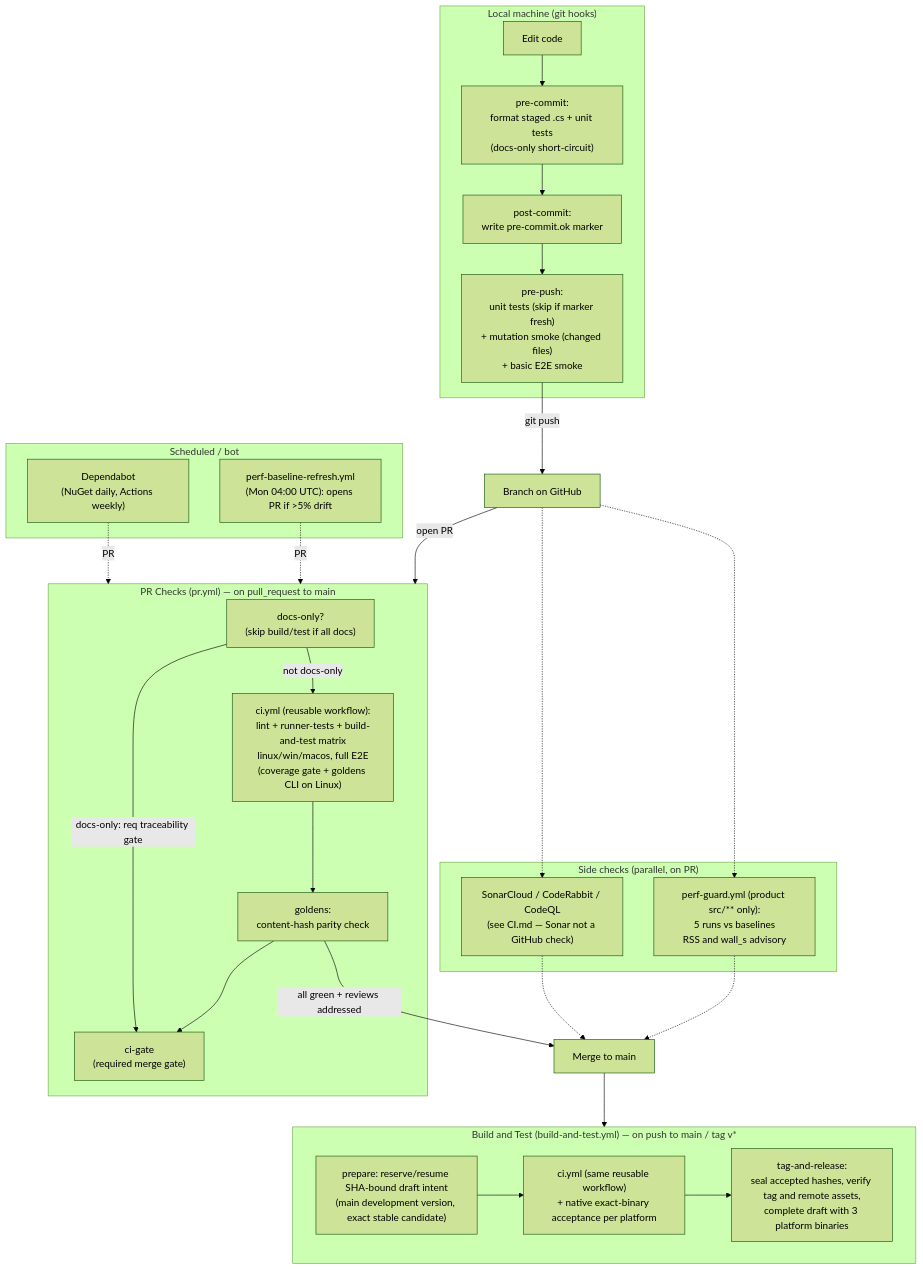
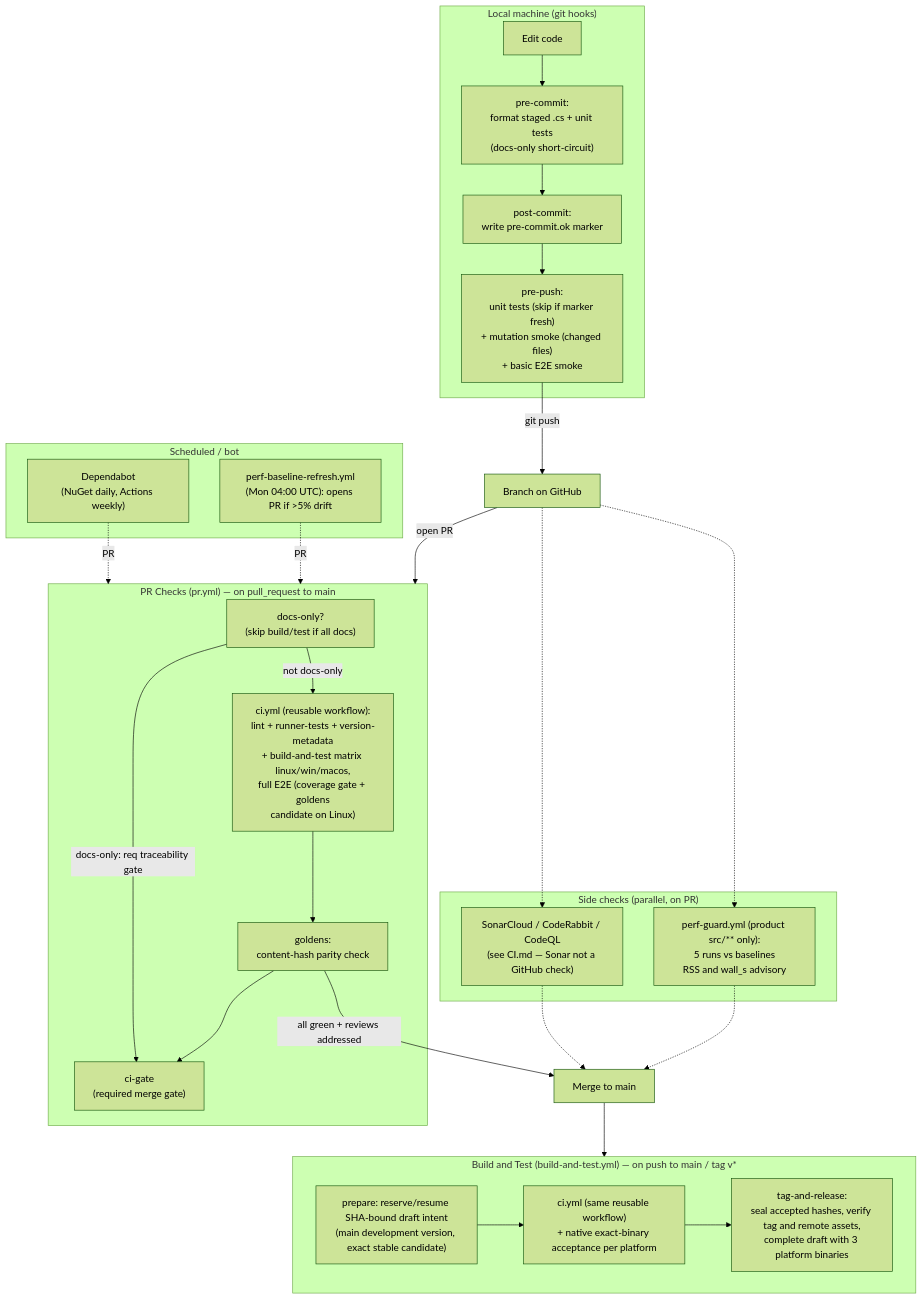
One commit to dwojtaszek/zipper changed the diagram in docs/cicd.md. Above: the diagram before and after it, drawn with Mermaid (forest theme). The commit also changed other lines of this file and 7 other files, not shown here.

First line of the commit message:
ci: cut PR check wall-clock by parallelizing version metadata (#1266)

````diff
--- a/docs/cicd.md
+++ b/docs/cicd.md
@@ -9,49 +9,49 @@
 ```mermaid
 flowchart TD
     subgraph local["Local machine (git hooks)"]
         edit["Edit code"]
         precommit["pre-commit:<br/>format staged .cs + unit tests<br/>(docs-only short-circuit)"]
         postcommit["post-commit:<br/>write pre-commit.ok marker"]
         prepush["pre-push:<br/>unit tests (skip if marker fresh)<br/>+ mutation smoke (changed files)<br/>+ basic E2E smoke"]
         edit --> precommit --> postcommit --> prepush
     end
 
     prepush -->|git push| remote["Branch on GitHub"]
     remote -->|open PR| prpipe
 
     subgraph prpipe["PR Checks (pr.yml) — on pull_request to main"]
         docsonly["docs-only?<br/>(skip build/test if all docs)"]
-        shared["ci.yml (reusable workflow):<br/>lint + runner-tests + build-and-test matrix<br/>linux/win/macos, full E2E<br/>(coverage gate + goldens CLI on Linux)"]
+        shared["ci.yml (reusable workflow):<br/>lint + runner-tests + version-metadata<br/>+ build-and-test matrix linux/win/macos,<br/>full E2E (coverage gate + goldens<br/>candidate on Linux)"]
         gold["goldens:<br/>content-hash parity check"]
         gate["ci-gate<br/>(required merge gate)"]
         docsonly -->|not docs-only| shared --> gold --> gate
         docsonly -->|docs-only: req traceability gate| gate
     end
 
     subgraph side["Side checks (parallel, on PR)"]
         perf["perf-guard.yml (product src/** only):<br/>5 runs vs baselines<br/>RSS and wall_s advisory"]
         sonar["SonarCloud / CodeRabbit / CodeQL<br/>(see CI.md — Sonar not a GitHub check)"]
     end
     remote -.-> perf
     remote -.-> sonar
 
     gold -->|all green + reviews addressed| merge["Merge to main"]
     perf -.-> merge
     sonar -.-> merge
 
     merge --> btmain
 
     subgraph btmain["Build and Test (build-and-test.yml) — on push to main / tag v*"]
         prep["prepare: reserve/resume SHA-bound draft intent<br/>(main development version, exact stable candidate)"]
         sharedmain["ci.yml (same reusable workflow)<br/>+ native exact-binary acceptance per platform"]
         rel["tag-and-release:<br/>seal accepted hashes, verify tag and remote assets,<br/>complete draft with 3 platform binaries"]
         prep --> sharedmain --> rel
     end
 
     subgraph sched["Scheduled / bot"]
         baseline["perf-baseline-refresh.yml<br/>(Mon 04:00 UTC): opens PR if >5% drift"]
         dependabot["Dependabot<br/>(NuGet daily, Actions weekly)"]
     end
     baseline -.->|PR| prpipe
     dependabot -.->|PR| prpipe
 ```
````
